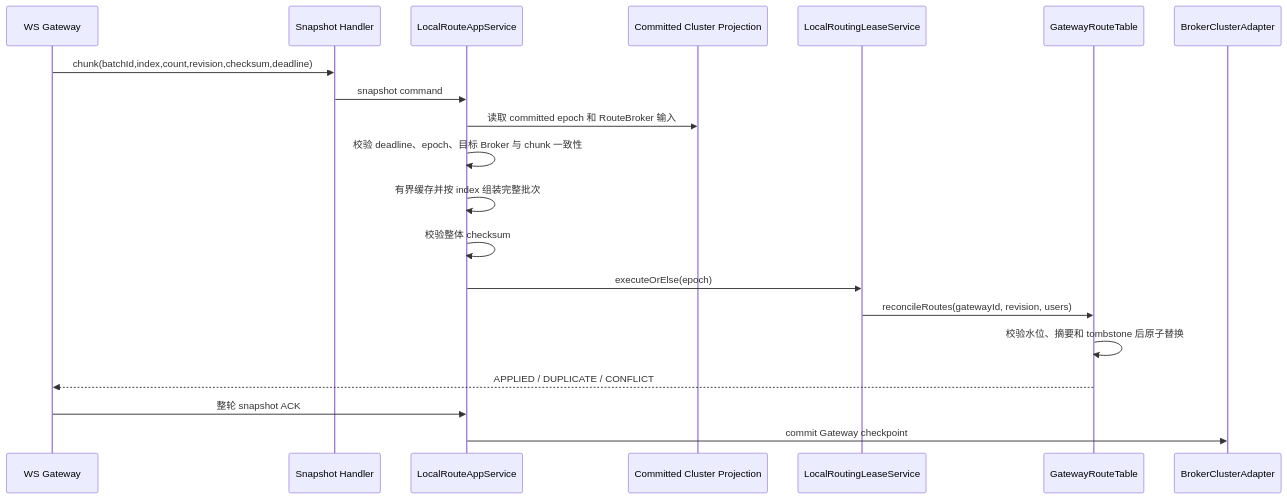
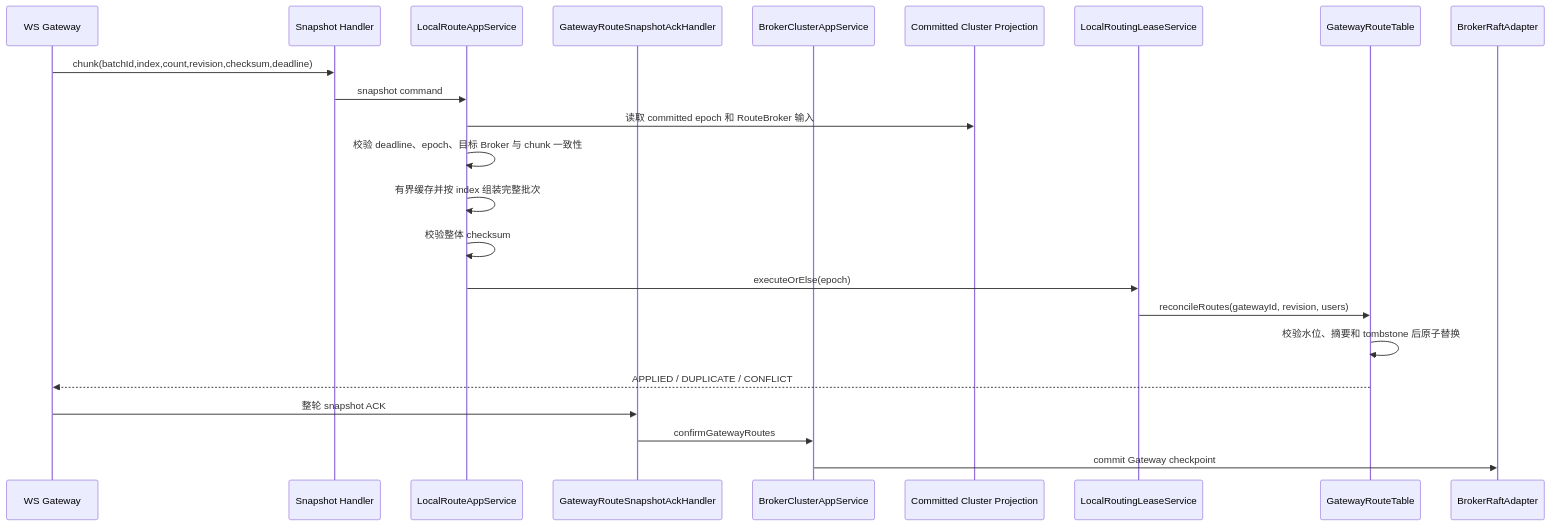
The sixth of 18 diagrams in im-broker/ARCHITECTURE.md (kc-co9/im-chat), drawn with Mermaid before and after one commit. The commit also changed other lines of this file and 548 other files, not shown here.

````diff
--- a/im-broker/ARCHITECTURE.md
+++ b/im-broker/ARCHITECTURE.md
@@ -295,23 +344,26 @@
 ```mermaid
 sequenceDiagram
     participant Gateway as WS Gateway
     participant Handler as Snapshot Handler
     participant App as LocalRouteAppService
+    participant AckHandler as GatewayRouteSnapshotAckHandler
+    participant ClusterApp as BrokerClusterAppService
     participant State as Committed Cluster Projection
     participant Guard as LocalRoutingLeaseService
     participant Table as GatewayRouteTable
-    participant Repository as BrokerClusterAdapter
+    participant Repository as BrokerRaftAdapter
 
     Gateway->>Handler: chunk(batchId,index,count,revision,checksum,deadline)
     Handler->>App: snapshot command
     App->>State: 读取 committed epoch 和 RouteBroker 输入
     App->>App: 校验 deadline、epoch、目标 Broker 与 chunk 一致性
     App->>App: 有界缓存并按 index 组装完整批次
     App->>App: 校验整体 checksum
     App->>Guard: executeOrElse(epoch)
     Guard->>Table: reconcileRoutes(gatewayId, revision, users)
     Table->>Table: 校验水位、摘要和 tombstone 后原子替换
     Table-->>Gateway: APPLIED / DUPLICATE / CONFLICT
-    Gateway->>App: 整轮 snapshot ACK
-    App->>Repository: commit Gateway checkpoint
+    Gateway->>AckHandler: 整轮 snapshot ACK
+    AckHandler->>ClusterApp: confirmGatewayRoutes
+    ClusterApp->>Repository: commit Gateway checkpoint
 ```
````
